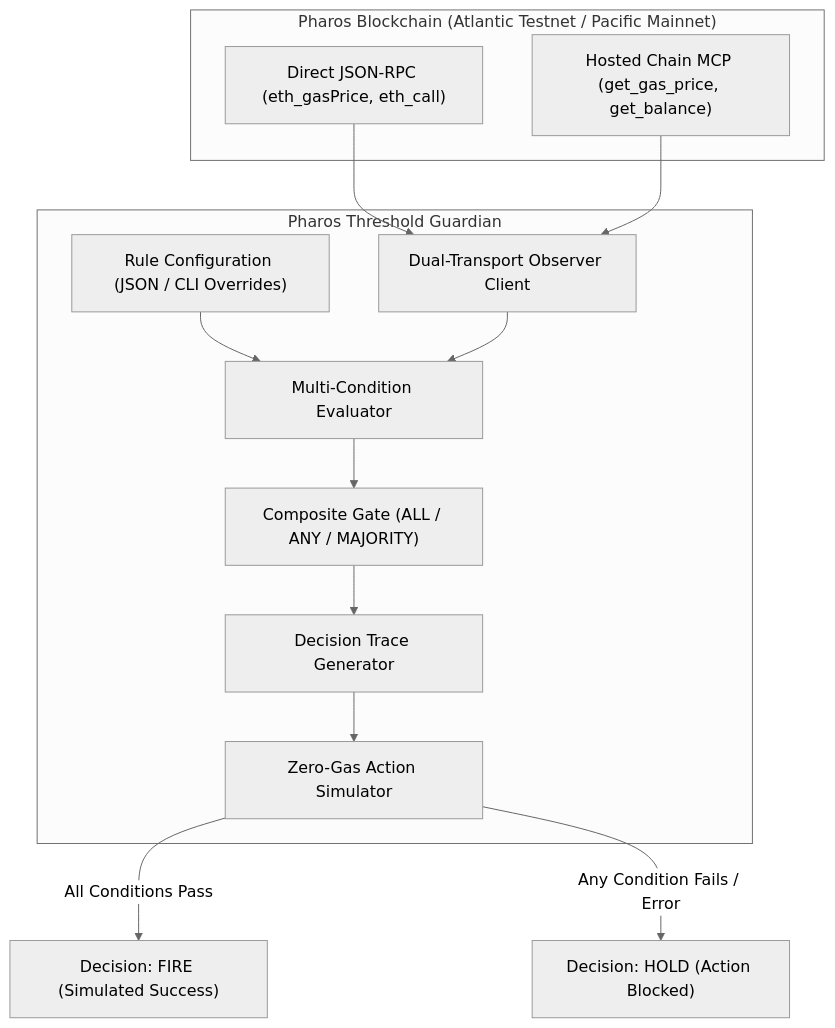
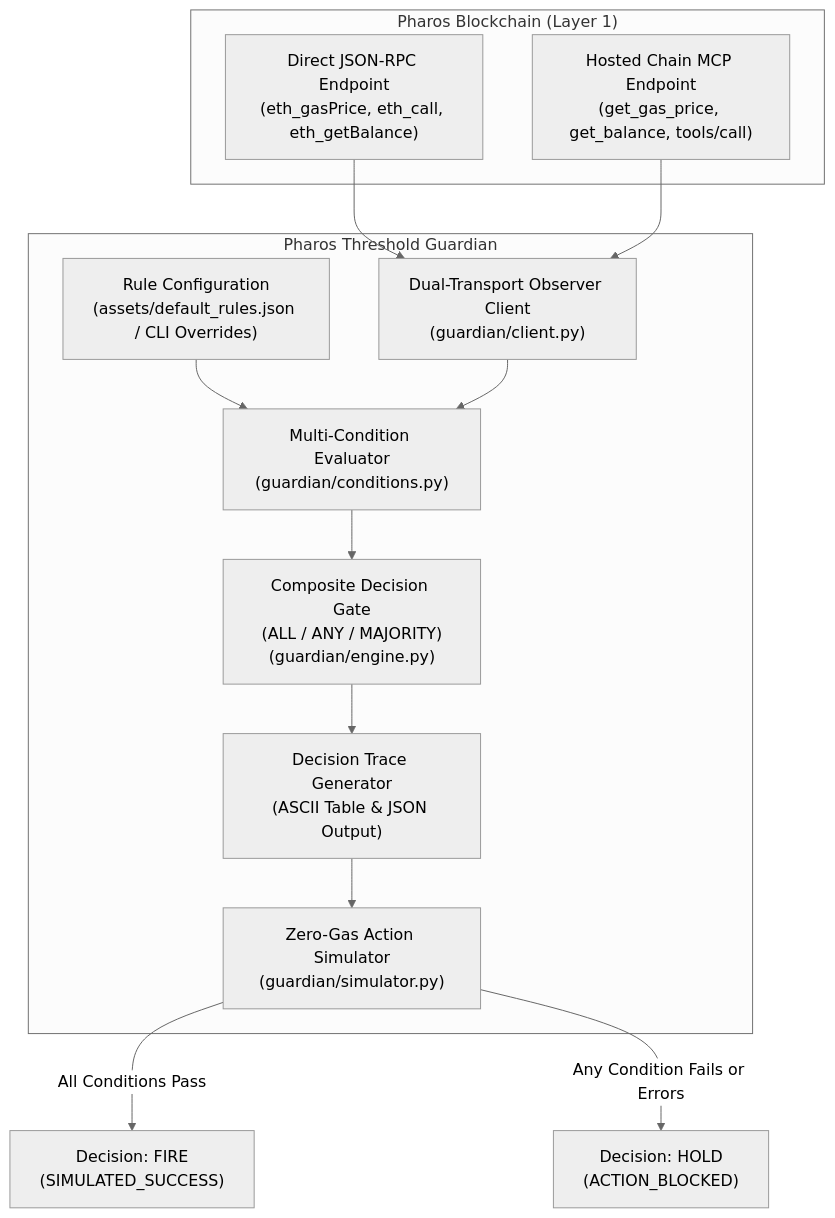
The diagram in README.md (JimmyOgb/pharos-threshold-guardian), drawn with Mermaid (neutral theme) before and after one commit. The commit also changed other lines of this file and 2 other files, not shown here.

Commit message:
docs: expand comprehensive README and refine gas reserve condition

````diff
--- a/README.md
+++ b/README.md
@@ -28,27 +72,27 @@
 ```mermaid
 flowchart TD
-    subgraph PharosNetwork["Pharos Blockchain (Atlantic Testnet / Pacific Mainnet)"]
-        RPC["Direct JSON-RPC (eth_gasPrice, eth_call)"]
-        MCP["Hosted Chain MCP (get_gas_price, get_balance)"]
+    subgraph PharosNetwork["Pharos Blockchain (Layer 1)"]
+        RPC["Direct JSON-RPC Endpoint\n(eth_gasPrice, eth_call, eth_getBalance)"]
+        MCP["Hosted Chain MCP Endpoint\n(get_gas_price, get_balance, tools/call)"]
     end
 
     subgraph GuardianEngine["Pharos Threshold Guardian"]
-        Config["Rule Configuration (JSON / CLI Overrides)"]
-        Observer["Dual-Transport Observer Client"]
-        CondEvaluator["Multi-Condition Evaluator"]
-        Gate["Composite Gate (ALL / ANY / MAJORITY)"]
-        Trace["Decision Trace Generator"]
-        Simulator["Zero-Gas Action Simulator"]
+        Config["Rule Configuration\n(assets/default_rules.json / CLI Overrides)"]
+        Observer["Dual-Transport Observer Client\n(guardian/client.py)"]
+        Evaluator["Multi-Condition Evaluator\n(guardian/conditions.py)"]
+        Gate["Composite Decision Gate\n(ALL / ANY / MAJORITY)\n(guardian/engine.py)"]
+        Trace["Decision Trace Generator\n(ASCII Table & JSON Output)"]
+        Simulator["Zero-Gas Action Simulator\n(guardian/simulator.py)"]
     end
 
-    Config --> CondEvaluator
+    Config --> Evaluator
     RPC --> Observer
     MCP --> Observer
-    Observer --> CondEvaluator
-    CondEvaluator --> Gate
+    Observer --> Evaluator
+    Evaluator --> Gate
     Gate --> Trace
     Trace --> Simulator
 
-    Simulator -->|All Conditions Pass| FIRE["Decision: FIRE (Simulated Success)"]
-    Simulator -->|Any Condition Fails / Error| HOLD["Decision: HOLD (Action Blocked)"]
+    Simulator -->|All Conditions Pass| FIRE["Decision: FIRE\n(SIMULATED_SUCCESS)"]
+    Simulator -->|Any Condition Fails or Errors| HOLD["Decision: HOLD\n(ACTION_BLOCKED)"]
 ```
````
